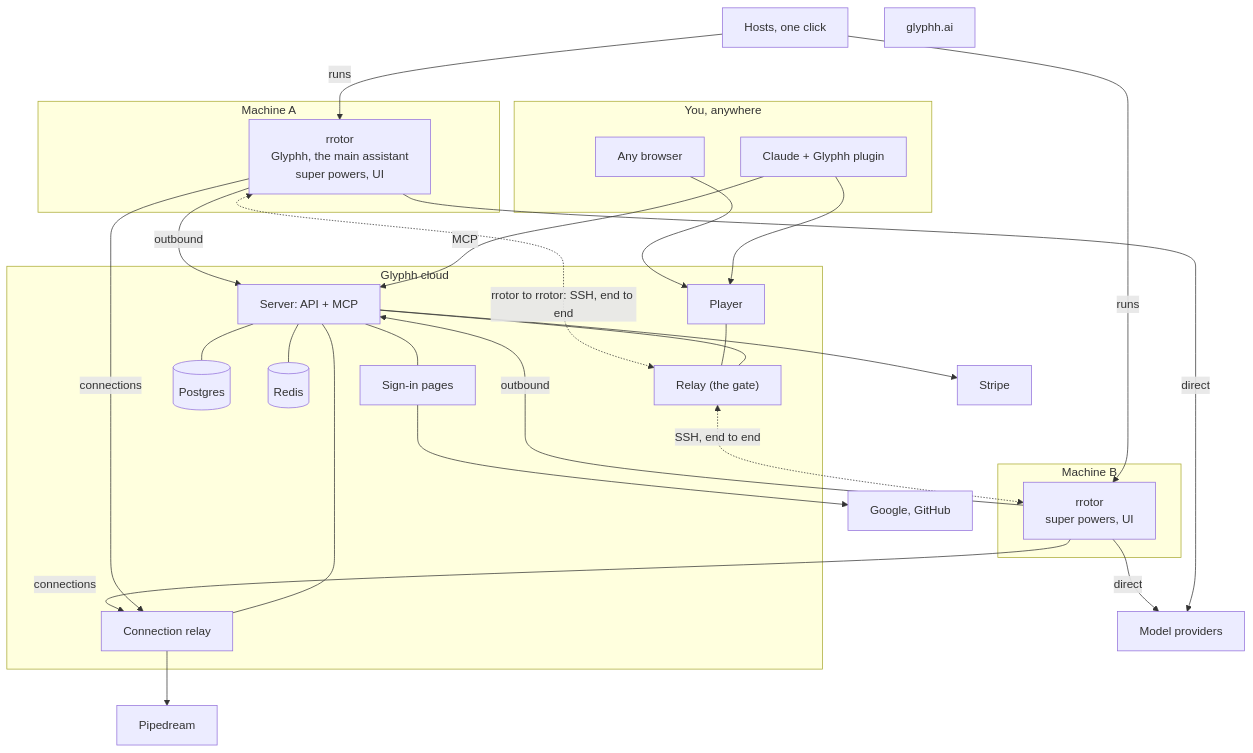
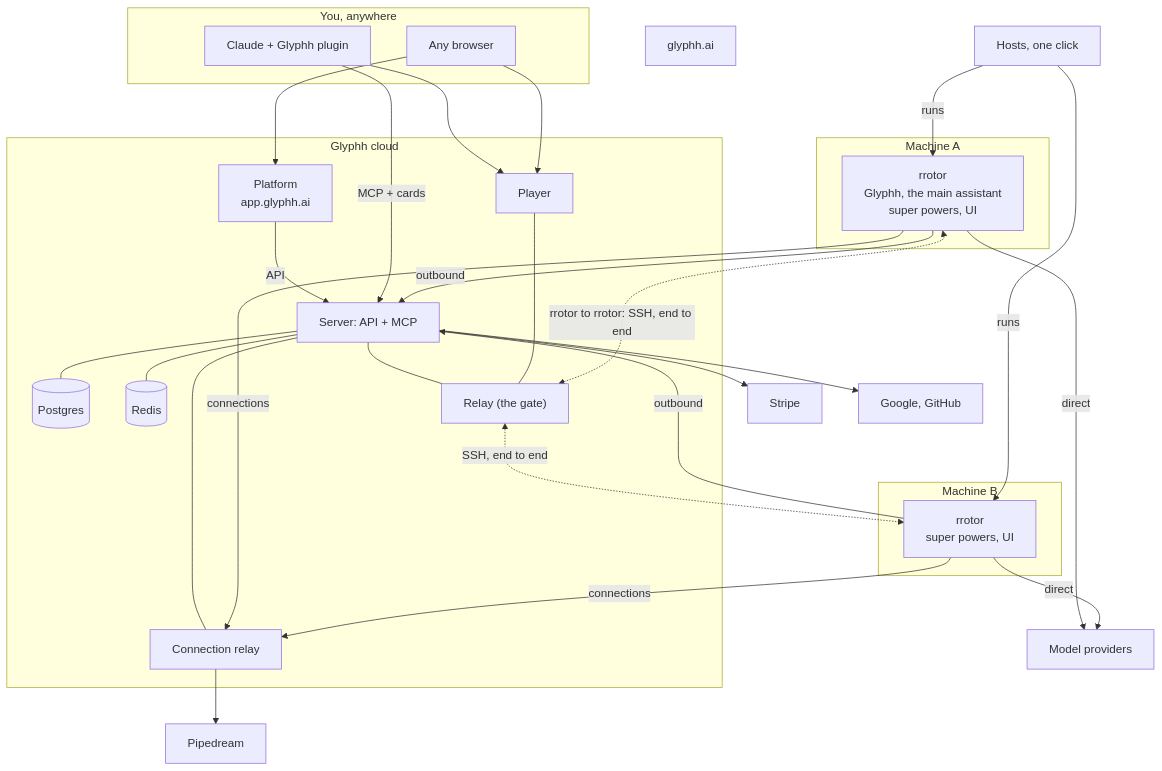
One commit to glyphh-ai/server changed the diagram in docs/architecture.md. Above: the diagram before and after it, drawn with Mermaid. The commit also changed other lines of this file and 2 other files, not shown here.

````diff
--- a/docs/architecture.md
+++ b/docs/architecture.md
@@ -3,55 +3,56 @@
 ```mermaid
 flowchart TB
     subgraph You["You, anywhere"]
         Claude["Claude + Glyphh plugin"]
         Browser["Any browser"]
     end
 
     subgraph Cloud["Glyphh cloud"]
-        Pages["Sign-in pages"]
+        Platform["Platform<br/>app.glyphh.ai"]
         Player["Player"]
         Server["Server: API + MCP"]
         DB[("Postgres")]
         Live[("Redis")]
         Relay["Relay (the gate)"]
         ConnRelay["Connection relay"]
         Server --- DB
         Server --- Live
         Server --- Relay
         Server --- ConnRelay
-        Server --- Pages
+        Platform -- "API" --> Server
         Player --- Relay
     end
 
     subgraph A["Machine A"]
         RA["rrotor<br/>Glyphh, the main assistant<br/>super powers, UI"]
     end
 
     subgraph B["Machine B"]
         RB["rrotor<br/>super powers, UI"]
     end
 
     Providers["Model providers"]
     Pipedream["Pipedream"]
     Hosts["Hosts, one click"]
     Stripe["Stripe"]
     SignIn["Google, GitHub"]
     Site["glyphh.ai"]
 
-    Claude -- "MCP" --> Server
+    Claude -- "MCP + cards" --> Server
     Claude --> Player
+    Browser --> Platform
     Browser --> Player
     RA <-. "rrotor to rrotor: SSH, end to end" .-> Relay
     Relay <-. "SSH, end to end" .-> RB
     RA -- "outbound" --> Server
     RB -- "outbound" --> Server
     RA -- "direct" --> Providers
     RB -- "direct" --> Providers
     RA -- "connections" --> ConnRelay
     RB -- "connections" --> ConnRelay
     ConnRelay --> Pipedream
     Hosts -- "runs" --> RA
     Hosts -- "runs" --> RB
-    Pages --> SignIn
+    Server --> SignIn
     Server --> Stripe
 ```
````
